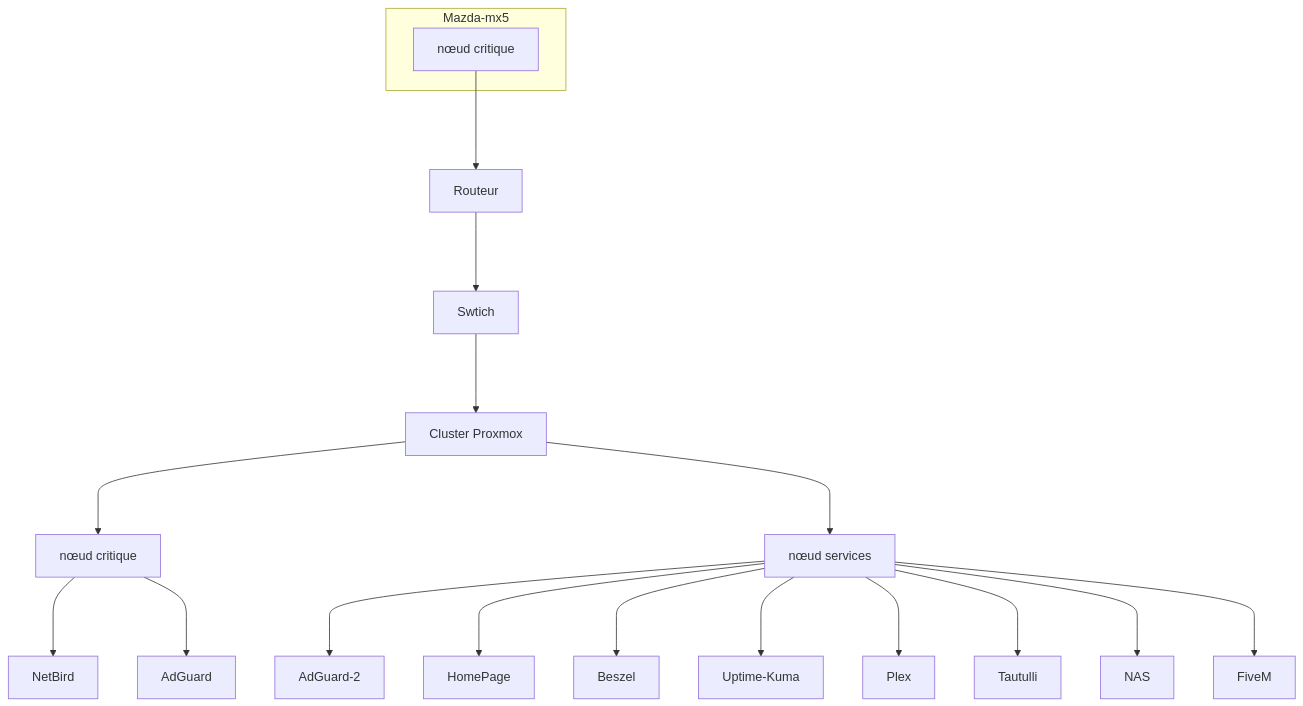
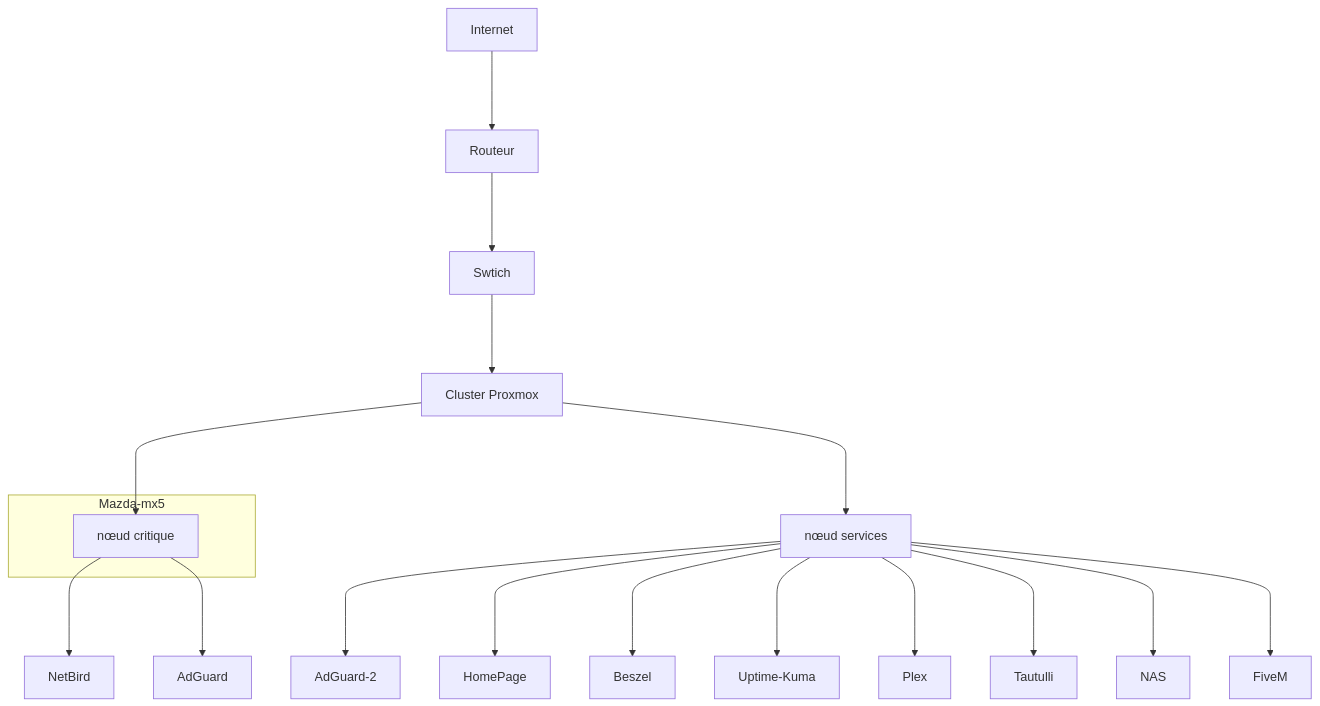
Before and after one commit to snoyy-i/snoyy-i: the diagram in README.md, drawn with Mermaid.

````diff
--- a/README.md
+++ b/README.md
@@ -2,38 +2,38 @@
 ```mermaid
 graph TD
      A[Internet]
      B[Routeur]
      C[Swtich]
      D[Cluster Proxmox]
      E[nœud critique]
      F[nœud services]
      G[NetBird]
      H[AdGuard]
      I[AdGuard-2]
      J[HomePage]
      K[Beszel]
      L[Uptime-Kuma]
      M[Plex]
      N[Tautulli]
      O[NAS]
      P[FiveM]
 
 subgraph Mazda-mx5
-     A[nœud critique]
+     E[nœud critique]
 end
      A--->B
      B--->C
      C--->D
      D--->E
      D--->F
      E--->G 
      E--->H
      F--->I
      F--->J
      F--->K
      F--->L
      F--->M
      F--->N
      F--->O
      F--->P
 ```
````
